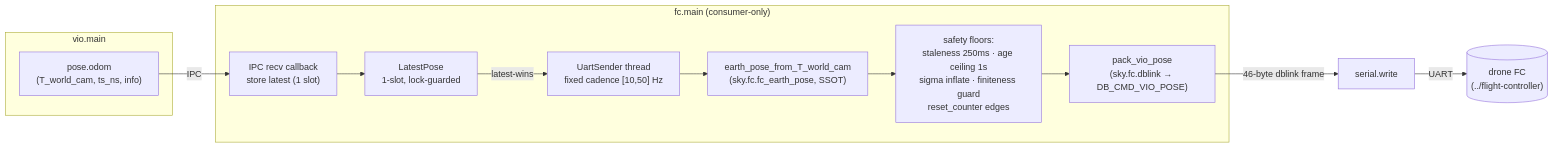
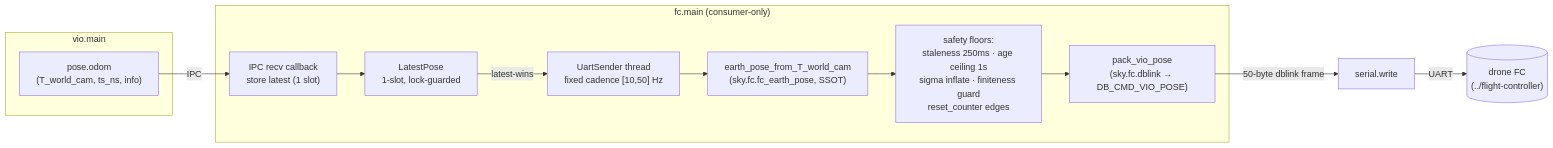
One commit to hqbao/flight-vio changed the diagram in fc/README.md. Above: the diagram before and after it, drawn with Mermaid. The commit also changed other lines of this file and 61 other files, not shown here.

````diff
--- a/fc/README.md
+++ b/fc/README.md
@@ -200,22 +249,22 @@
 ```mermaid
 flowchart LR
     subgraph VIO["vio.main"]
         ODOM["pose.odom<br/>(T_world_cam, ts_ns, info)"]
     end
     subgraph FC["fc.main (consumer-only)"]
         CB["IPC recv callback<br/>store latest (1 slot)"]
         HOLD["LatestPose<br/>1-slot, lock-guarded"]
         UART["UartSender thread<br/>fixed cadence [10,50] Hz"]
         SSOT["earth_pose_from_T_world_cam<br/>(sky.fc.fc_earth_pose, SSOT)"]
         FLOORS["safety floors:<br/>staleness 250ms · age ceiling 1s<br/>sigma inflate · finiteness guard<br/>reset_counter edges"]
         PACK["pack_vio_pose<br/>(sky.fc.dblink → DB_CMD_VIO_POSE)"]
     end
     DEV[("drone FC<br/>(../flight-controller)")]
 
     ODOM -->|IPC| CB
     CB --> HOLD
     HOLD -->|latest-wins| UART
     UART --> SSOT --> FLOORS --> PACK
-    PACK -->|46-byte dblink frame| TX["serial.write"]
+    PACK -->|50-byte dblink frame| TX["serial.write"]
     TX -->|UART| DEV
 ```
````
